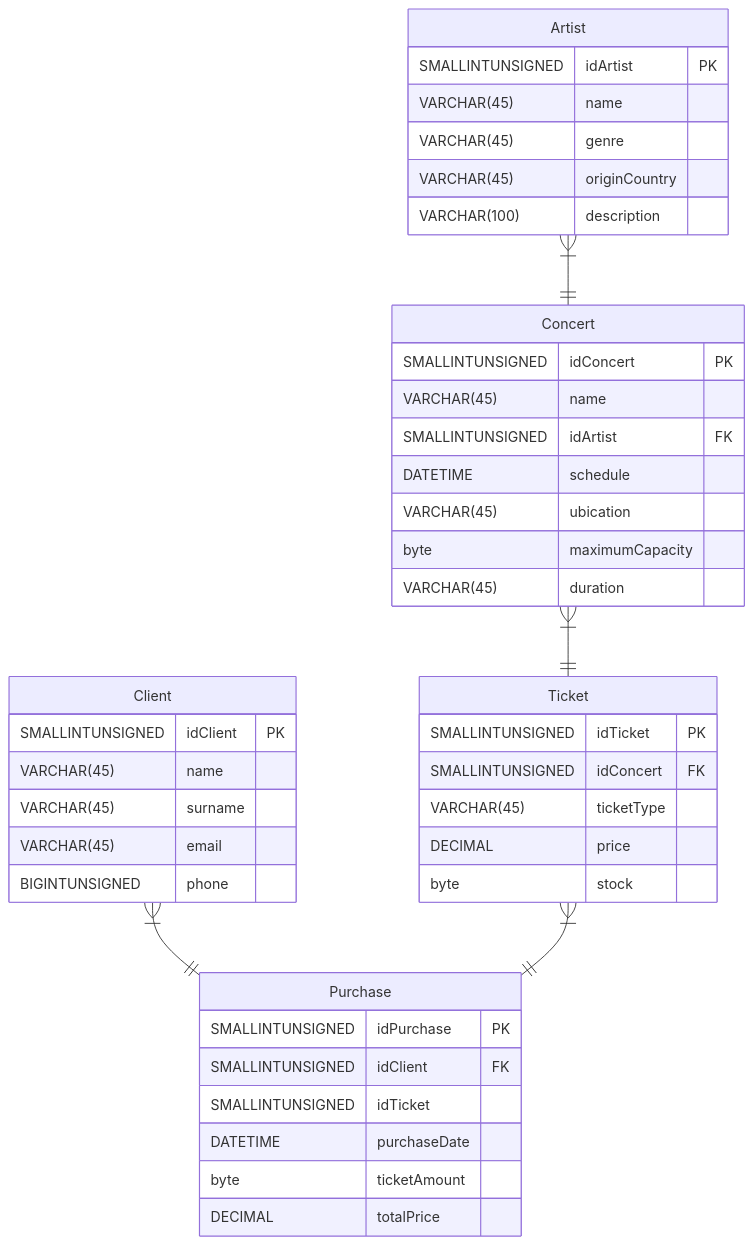
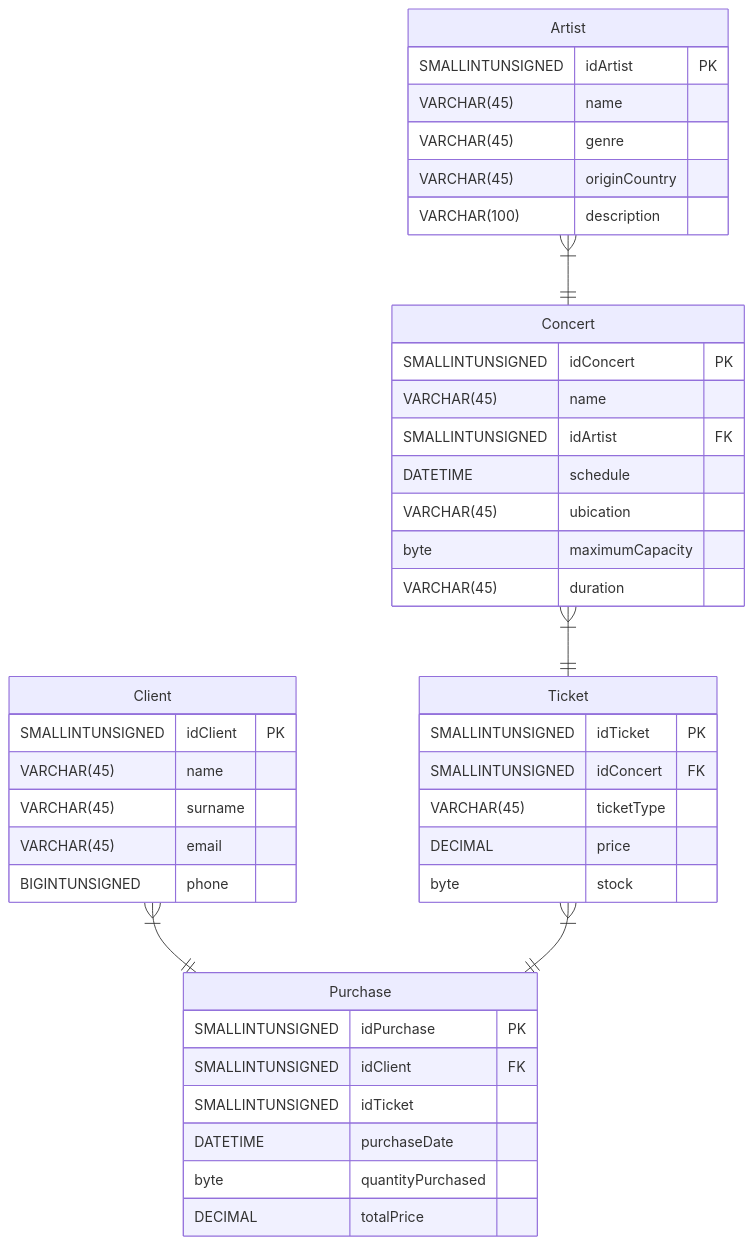
Before and after one commit to mariangelval/Concert-Database-Project: the diagram in README.md, drawn with Mermaid.

````diff
--- a/README.md
+++ b/README.md
@@ -2,51 +2,51 @@
 ```mermaid
     erDiagram
     Concert{
         SMALLINTUNSIGNED idConcert PK
         VARCHAR(45) name
         SMALLINTUNSIGNED idArtist FK
         DATETIME schedule
         VARCHAR(45) ubication
         byte maximumCapacity
         VARCHAR(45) duration
     }
 
     Ticket{
         SMALLINTUNSIGNED idTicket PK
         SMALLINTUNSIGNED idConcert FK
         VARCHAR(45) ticketType
         DECIMAL price 
         byte stock
     }
 
     Client{
         SMALLINTUNSIGNED  idClient PK
         VARCHAR(45) name
         VARCHAR(45) surname 
         VARCHAR(45) email
         BIGINTUNSIGNED phone
     }
 
     Artist{
         SMALLINTUNSIGNED idArtist PK
         VARCHAR(45) name 
         VARCHAR(45) genre
         VARCHAR(45) originCountry
         VARCHAR(100) description
     }
 
     Purchase{
         SMALLINTUNSIGNED idPurchase PK
         SMALLINTUNSIGNED idClient FK
         SMALLINTUNSIGNED idTicket
         DATETIME purchaseDate
-        byte ticketAmount
+        byte quantityPurchased
         DECIMAL totalPrice
     }
     
     Concert }|--|| Ticket : ""
     Artist }|--|| Concert : ""
     Client }|--|| Purchase : ""
     Ticket }|--|| Purchase : ""
 
 ```
````
